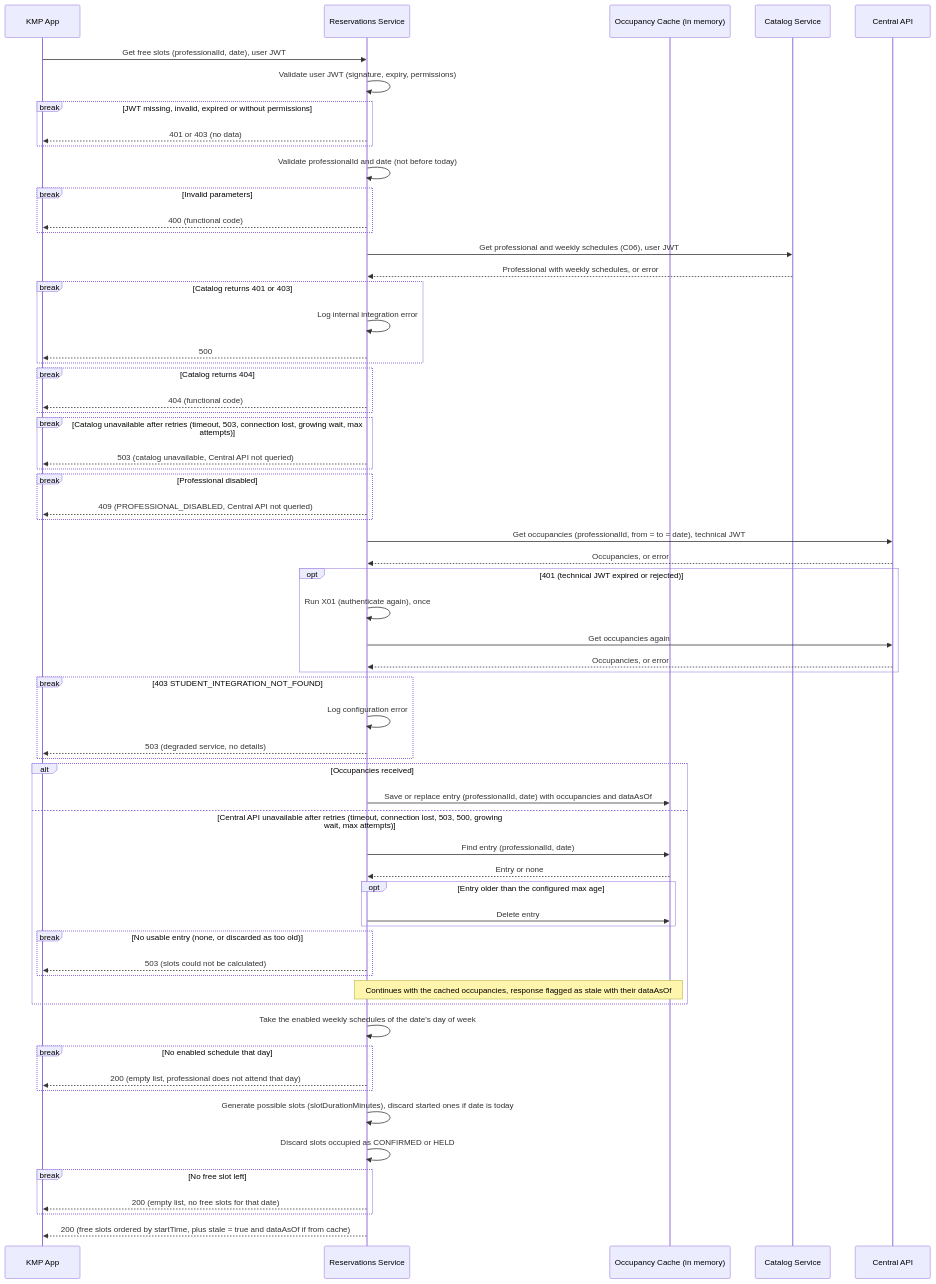
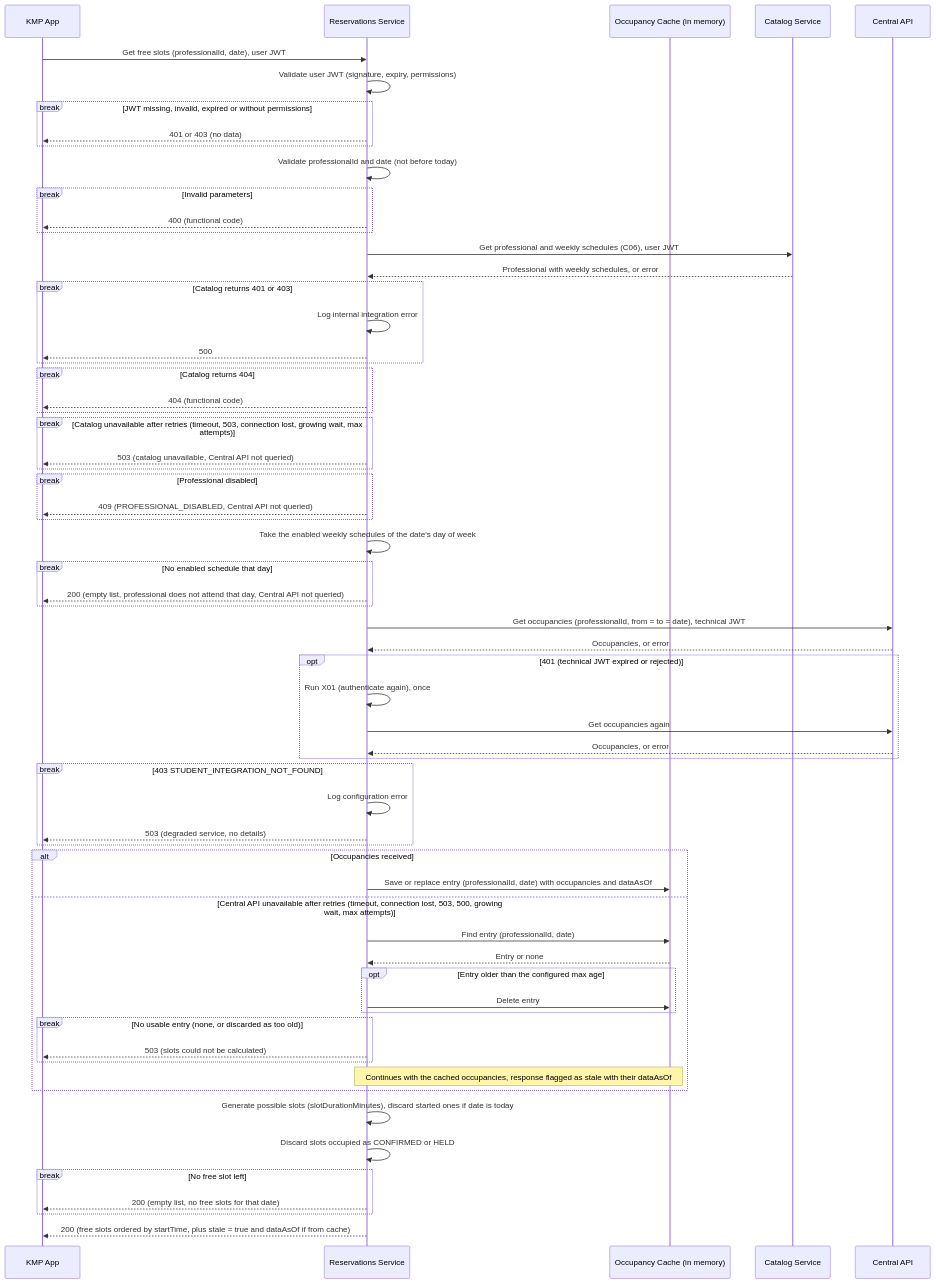
The second of 7 diagrams in docs/secuencias/turnos_y_reservas_secuencia.md (Programacion2-IgnacioMilutin-2026/turnos_service), drawn with Mermaid before and after one commit. The commit also changed 7 other files, not shown here.

````diff
--- a/docs/secuencias/turnos_y_reservas_secuencia.md
+++ b/docs/secuencias/turnos_y_reservas_secuencia.md
@@ -60,70 +60,70 @@
 ```mermaid
 sequenceDiagram
     participant App as KMP App
     participant Service as Reservations Service
     participant Cache as Occupancy Cache (in memory)
     participant Catalog as Catalog Service
     participant Central as Central API
 
     App->>Service: Get free slots (professionalId, date), user JWT
     Service->>Service: Validate user JWT (signature, expiry, permissions)
     break JWT missing, invalid, expired or without permissions
         Service-->>App: 401 or 403 (no data)
     end
     Service->>Service: Validate professionalId and date (not before today)
     break Invalid parameters
         Service-->>App: 400 (functional code)
     end
 
     Service->>Catalog: Get professional and weekly schedules (C06), user JWT
     Catalog-->>Service: Professional with weekly schedules, or error
     break Catalog returns 401 or 403
         Service->>Service: Log internal integration error
         Service-->>App: 500
     end
     break Catalog returns 404
         Service-->>App: 404 (functional code)
     end
     break Catalog unavailable after retries (timeout, 503, connection lost, growing wait, max attempts)
         Service-->>App: 503 (catalog unavailable, Central API not queried)
     end
     break Professional disabled
         Service-->>App: 409 (PROFESSIONAL_DISABLED, Central API not queried)
     end
+    Service->>Service: Take the enabled weekly schedules of the date's day of week
+    break No enabled schedule that day
+        Service-->>App: 200 (empty list, professional does not attend that day, Central API not queried)
+    end
 
     Service->>Central: Get occupancies (professionalId, from = to = date), technical JWT
     Central-->>Service: Occupancies, or error
     opt 401 (technical JWT expired or rejected)
         Service->>Service: Run X01 (authenticate again), once
         Service->>Central: Get occupancies again
         Central-->>Service: Occupancies, or error
     end
     break 403 STUDENT_INTEGRATION_NOT_FOUND
         Service->>Service: Log configuration error
         Service-->>App: 503 (degraded service, no details)
     end
     alt Occupancies received
         Service->>Cache: Save or replace entry (professionalId, date) with occupancies and dataAsOf
     else Central API unavailable after retries (timeout, connection lost, 503, 500, growing wait, max attempts)
         Service->>Cache: Find entry (professionalId, date)
         Cache-->>Service: Entry or none
         opt Entry older than the configured max age
             Service->>Cache: Delete entry
         end
         break No usable entry (none, or discarded as too old)
             Service-->>App: 503 (slots could not be calculated)
         end
         Note over Service,Cache: Continues with the cached occupancies, response flagged as stale with their dataAsOf
     end
 
-    Service->>Service: Take the enabled weekly schedules of the date's day of week
-    break No enabled schedule that day
-        Service-->>App: 200 (empty list, professional does not attend that day)
-    end
     Service->>Service: Generate possible slots (slotDurationMinutes), discard started ones if date is today
     Service->>Service: Discard slots occupied as CONFIRMED or HELD
     break No free slot left
         Service-->>App: 200 (empty list, no free slots for that date)
     end
     Service-->>App: 200 (free slots ordered by startTime, plus stale = true and dataAsOf if from cache)
 ```
````
